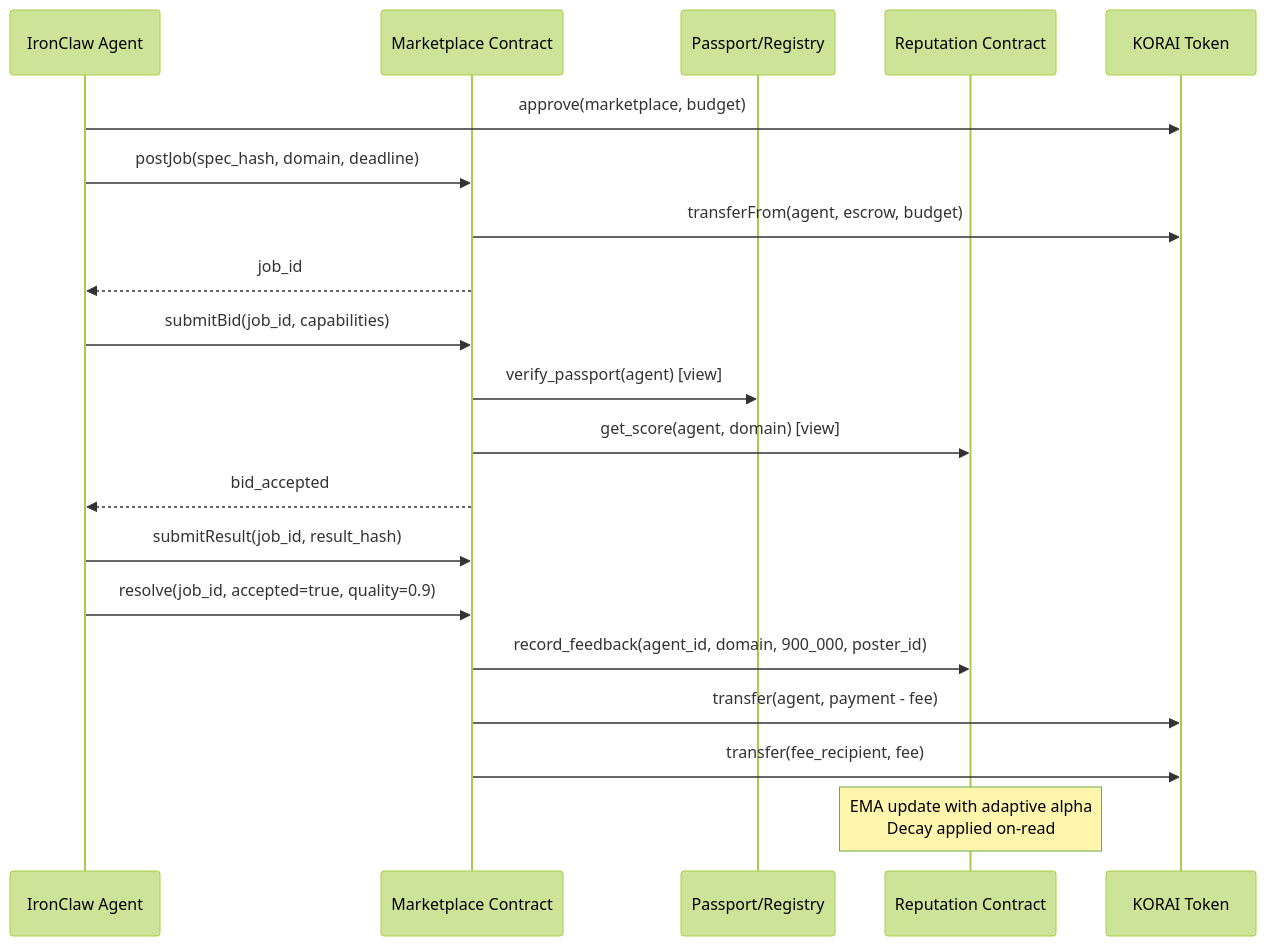
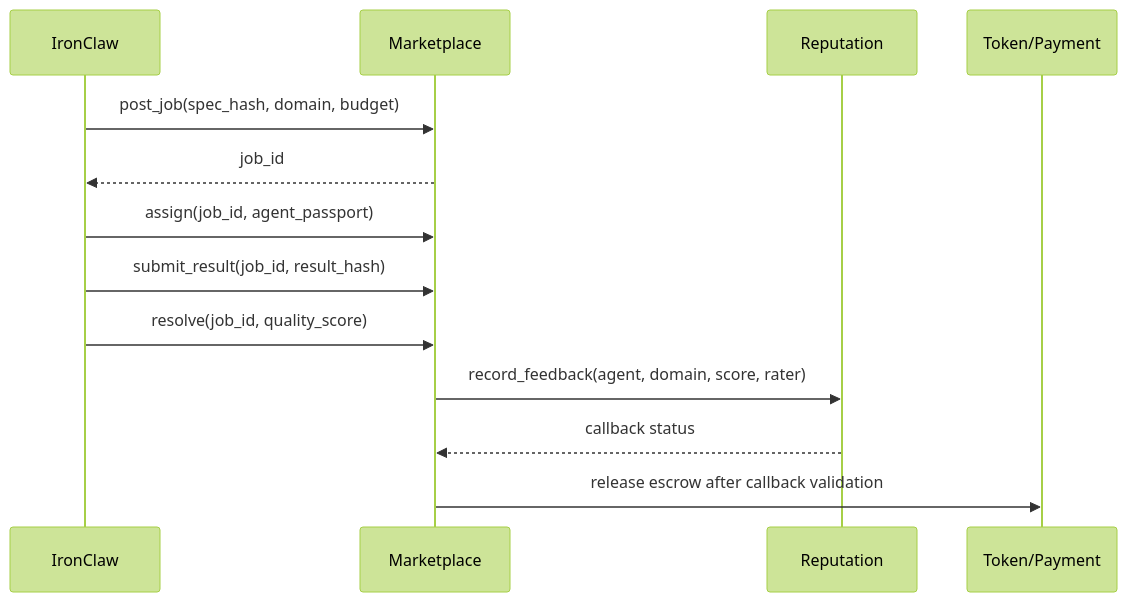
One commit to wpank/ironclaw changed the diagram in tmp/ecosystem/chain-reputation/bounty-marketplace.md. Above: the diagram before and after it, drawn with Mermaid (forest theme). The commit also changed other lines of this file and 113 other files, not shown here.

````diff
--- a/tmp/ecosystem/chain-reputation/bounty-marketplace.md
+++ b/tmp/ecosystem/chain-reputation/bounty-marketplace.md
@@ -335,26 +140,16 @@
 ```mermaid
 sequenceDiagram
-    participant Agent as IronClaw Agent
-    participant MP as Marketplace Contract
-    participant PR as Passport/Registry
-    participant REP as Reputation Contract
-    participant TOK as KORAI Token
+    participant IC as IronClaw
+    participant MP as Marketplace
+    participant REP as Reputation
+    participant PAY as Token/Payment
 
-    Agent->>TOK: approve(marketplace, budget)
-    Agent->>MP: postJob(spec_hash, domain, deadline)
-    MP->>TOK: transferFrom(agent, escrow, budget)
-    MP-->>Agent: job_id
-
-    Agent->>MP: submitBid(job_id, capabilities)
-    MP->>PR: verify_passport(agent) [view]
-    MP->>REP: get_score(agent, domain) [view]
-    MP-->>Agent: bid_accepted
-
-    Agent->>MP: submitResult(job_id, result_hash)
-    Agent->>MP: resolve(job_id, accepted=true, quality=0.9)
-    MP->>REP: record_feedback(agent_id, domain, 900_000, poster_id)
-    MP->>TOK: transfer(agent, payment - fee)
-    MP->>TOK: transfer(fee_recipient, fee)
-
-    Note over REP: EMA update with adaptive alpha<br/>Decay applied on-read
+    IC->>MP: post_job(spec_hash, domain, budget)
+    MP-->>IC: job_id
+    IC->>MP: assign(job_id, agent_passport)
+    IC->>MP: submit_result(job_id, result_hash)
+    IC->>MP: resolve(job_id, quality_score)
+    MP->>REP: record_feedback(agent, domain, score, rater)
+    REP-->>MP: callback status
+    MP->>PAY: release escrow after callback validation
 ```
````
